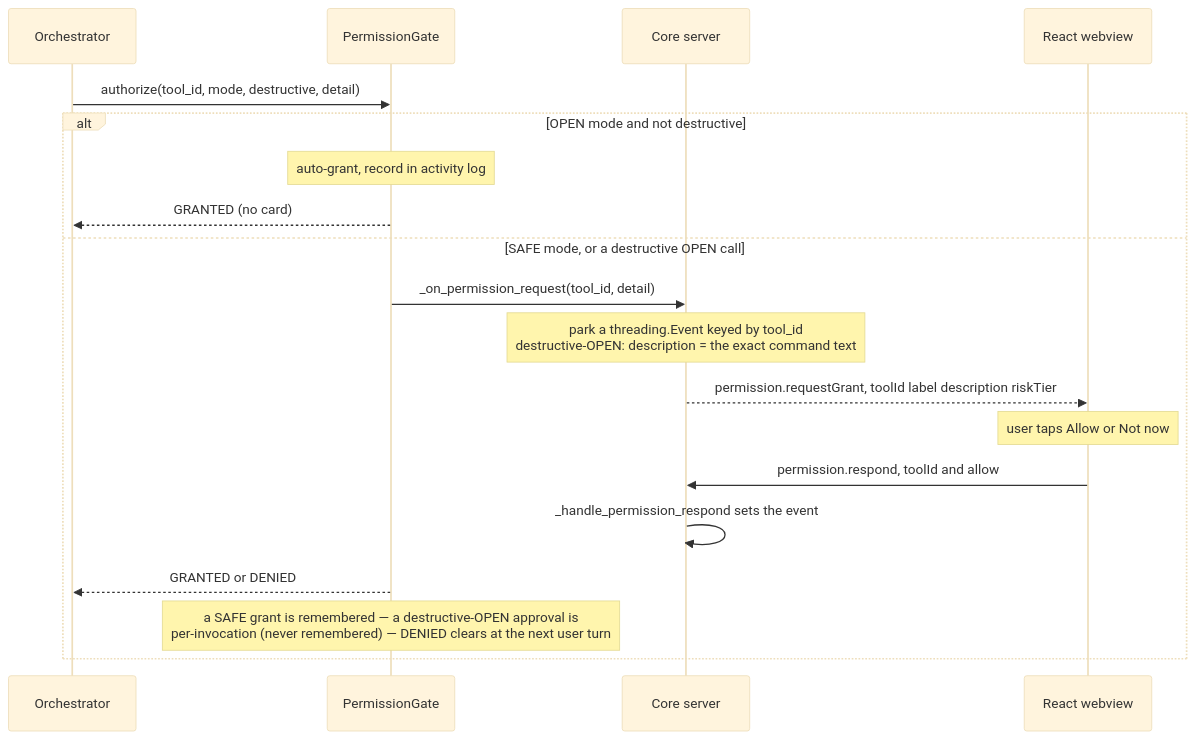
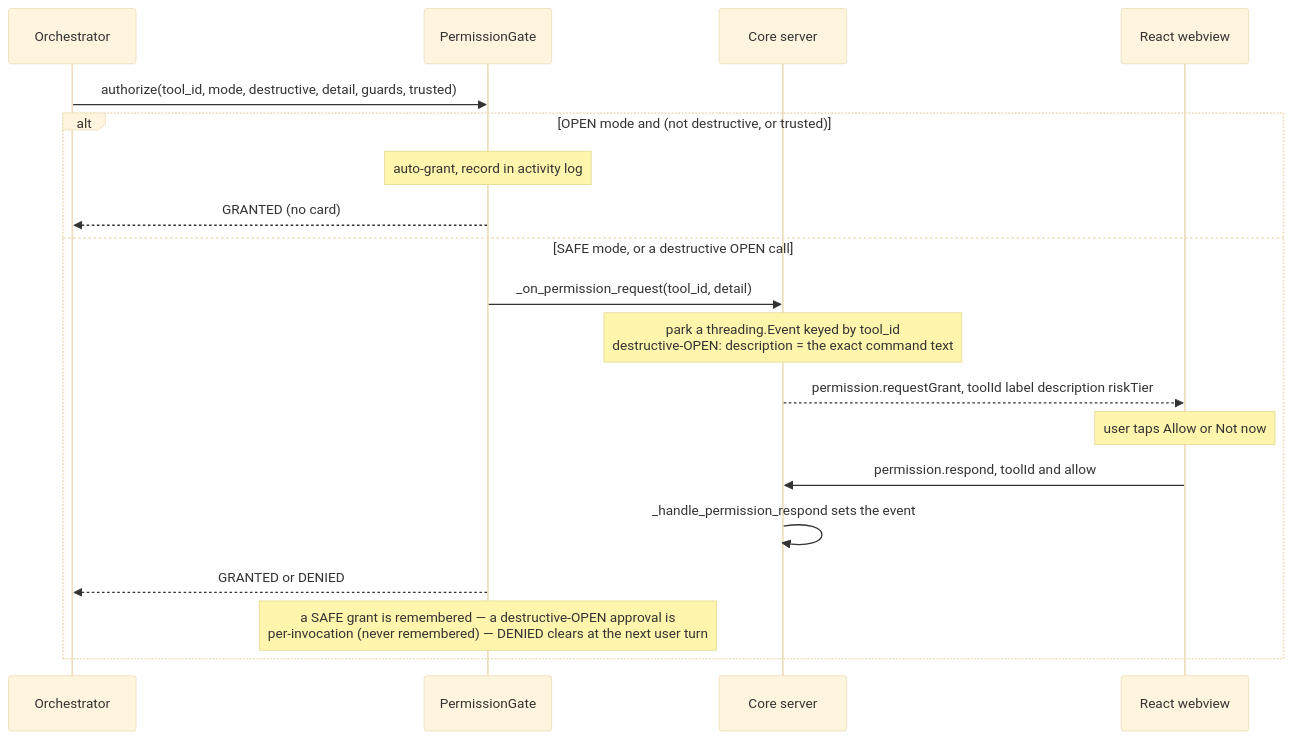
Before and after one commit to N041M/Addison: the second of 15 diagrams in docs/flows.md, drawn with Mermaid (base theme). The commit also changed other lines of this file and 17 other files, not shown here.

````diff
--- a/docs/flows.md
+++ b/docs/flows.md
@@ -78,22 +93,22 @@
 ```mermaid
 sequenceDiagram
     participant ORC as Orchestrator
     participant PG as PermissionGate
     participant SRV as Core server
     participant WV as React webview
 
-    ORC->>PG: authorize(tool_id, mode, destructive, detail)
-    alt OPEN mode and not destructive
+    ORC->>PG: authorize(tool_id, mode, destructive, detail, guards, trusted)
+    alt OPEN mode and (not destructive, or trusted)
         Note over PG: auto-grant, record in activity log
         PG-->>ORC: GRANTED (no card)
     else SAFE mode, or a destructive OPEN call
         PG->>SRV: _on_permission_request(tool_id, detail)
         Note over SRV: park a threading.Event keyed by tool_id<br/>destructive-OPEN: description = the exact command text
         SRV-->>WV: permission.requestGrant, toolId label description riskTier
         Note over WV: user taps Allow or Not now
         WV->>SRV: permission.respond, toolId and allow
         SRV->>SRV: _handle_permission_respond sets the event
         PG-->>ORC: GRANTED or DENIED
         Note over PG: a SAFE grant is remembered — a destructive-OPEN approval is<br/>per-invocation (never remembered) — DENIED clears at the next user turn
     end
 ```
````
